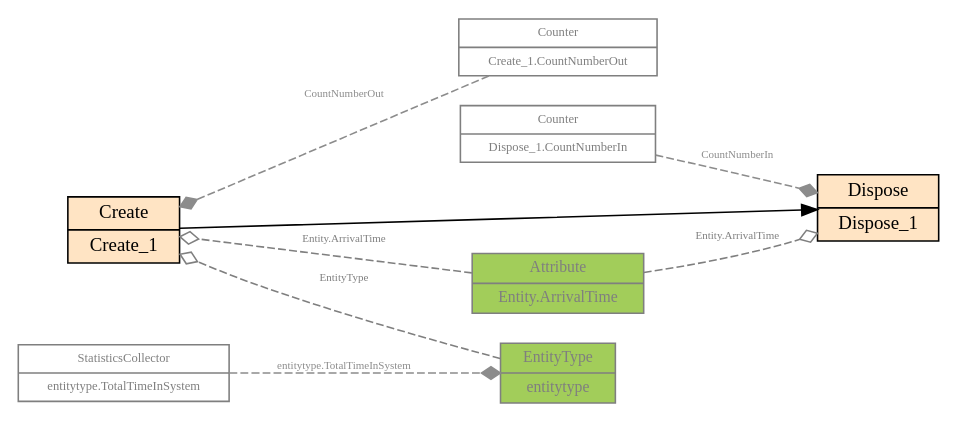
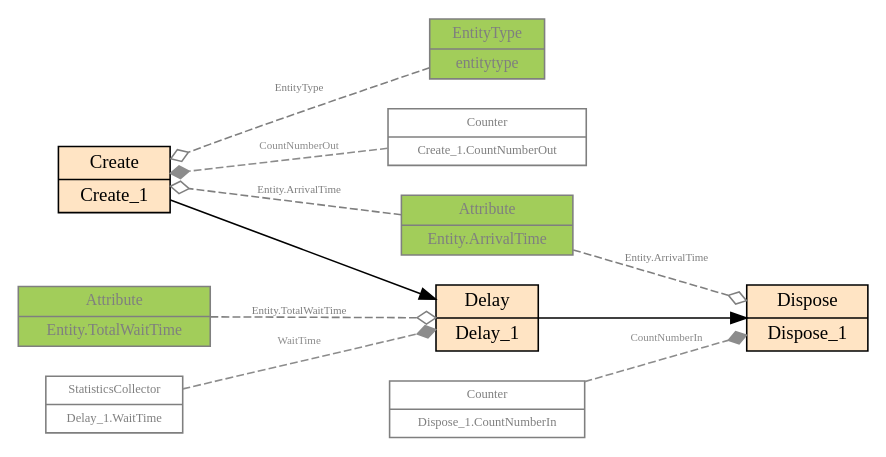
The diagram in source/applications/gui/qt/GenesysQtGUI/build-GenesysQtGUI-Desktop-Debug/.tempFixedGraphicalModelRepresentation.dot (vits-hugs/Genesys-Simulator), drawn with Graphviz before and after one commit. The commit also changed 9 other files, not shown here.

```diff
--- a/source/applications/gui/qt/GenesysQtGUI/build-GenesysQtGUI-Desktop-Debug/.tempFixedGraphicalModelRepresentation.dot
+++ b/source/applications/gui/qt/GenesysQtGUI/build-GenesysQtGUI-Desktop-Debug/.tempFixedGraphicalModelRepresentation.dot
@@ -1,26 +1,31 @@
 digraph G {
   compound=true; rankdir=LR; 
   // model level
   {
      rank=min  // 0
      Create_1 [shape=record, fontsize=12, fontcolor=black, style=filled, fillcolor=bisque, label="Create|Create_1"];
   }
   {
      rank=max  // 1
      Dispose_1 [shape=record, fontsize=12, fontcolor=black, style=filled, fillcolor=bisque, label="Dispose|Dispose_1"];
   }
   {
+     Entity_ArrivalTime [shape=record, fontsize=10, color=gray50, fontcolor=gray50, style=filled, fillcolor=darkolivegreen3, label="Attribute|Entity.ArrivalTime"];
      Dispose_1_CountNumberIn [shape=record, fontsize=8, color=gray50, fontcolor=gray50, label="Counter|Dispose_1.CountNumberIn"];
-     entitytype_TotalTimeInSystem [shape=record, fontsize=8, color=gray50, fontcolor=gray50, label="StatisticsCollector|entitytype.TotalTimeInSystem"];
+     Entity_TotalWaitTime [shape=record, fontsize=10, color=gray50, fontcolor=gray50, style=filled, fillcolor=darkolivegreen3, label="Attribute|Entity.TotalWaitTime"];
+     Delay_1_WaitTime [shape=record, fontsize=8, color=gray50, fontcolor=gray50, label="StatisticsCollector|Delay_1.WaitTime"];
+     Delay_1 [shape=record, fontsize=12, fontcolor=black, style=filled, fillcolor=bisque, label="Delay|Delay_1"];
      entitytype [shape=record, fontsize=10, color=gray50, fontcolor=gray50, style=filled, fillcolor=darkolivegreen3, label="EntityType|entitytype"];
      Entity_ArrivalTime [shape=record, fontsize=10, color=gray50, fontcolor=gray50, style=filled, fillcolor=darkolivegreen3, label="Attribute|Entity.ArrivalTime"];
      Create_1_CountNumberOut [shape=record, fontsize=8, color=gray50, fontcolor=gray50, label="Counter|Create_1.CountNumberOut"];
        Create_1_CountNumberOut->Create_1 [style=dashed, arrowhead="diamond", color=gray55, fontcolor=gray55, fontsize=7, label="CountNumberOut"];
        Entity_ArrivalTime->Create_1 [style=dashed, arrowhead="ediamond", color=gray50, fontcolor=gray50, fontsize=7, label="Entity.ArrivalTime"];
-       entitytype_TotalTimeInSystem->entitytype [style=dashed, arrowhead="diamond", color=gray55, fontcolor=gray55, fontsize=7, label="entitytype.TotalTimeInSystem"];
        entitytype->Create_1 [style=dashed, arrowhead="ediamond", color=gray50, fontcolor=gray50, fontsize=7, label="EntityType"];
+       Delay_1_WaitTime->Delay_1 [style=dashed, arrowhead="diamond", color=gray55, fontcolor=gray55, fontsize=7, label="WaitTime"];
+       Entity_TotalWaitTime->Delay_1 [style=dashed, arrowhead="ediamond", color=gray50, fontcolor=gray50, fontsize=7, label="Entity.TotalWaitTime"];
        Dispose_1_CountNumberIn->Dispose_1 [style=dashed, arrowhead="diamond", color=gray55, fontcolor=gray55, fontsize=7, label="CountNumberIn"];
        Entity_ArrivalTime->Dispose_1 [style=dashed, arrowhead="ediamond", color=gray50, fontcolor=gray50, fontsize=7, label="Entity.ArrivalTime"];
-       Create_1->Dispose_1[style=solid, arrowhead="normal" color=black, fontcolor=black, fontsize=7];
+       Delay_1->Dispose_1[style=solid, arrowhead="normal" color=black, fontcolor=black, fontsize=7];
+       Create_1->Delay_1[style=solid, arrowhead="normal" color=black, fontcolor=black, fontsize=7];
   }
 }
```
